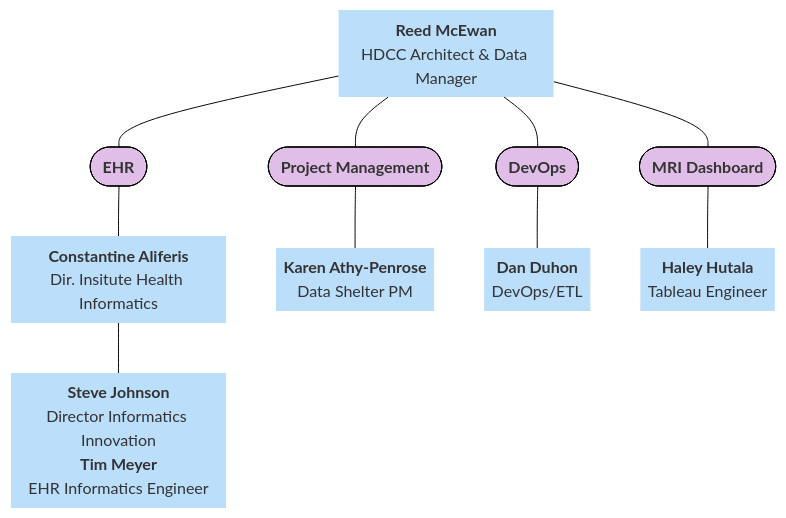
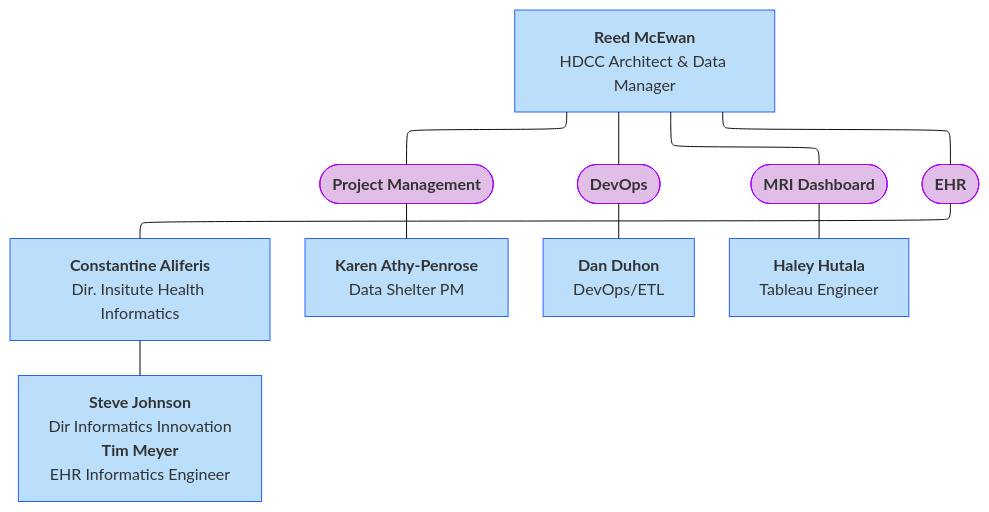
Before and after one commit to DCAN-Labs/hbcd-docs-internal: the sixth of 10 diagrams in docs/orgcharts.md, drawn with Mermaid (base theme). The commit also changed other lines of this file and 2 other files, not shown here.

Commit message:
SWITCH TO ELK

````diff
--- a/docs/orgcharts.md
+++ b/docs/orgcharts.md
@@ -448,29 +399,25 @@
 ```mermaid
 ---
 config:
-  layout: dagre
+  layout: elk
 ---
 flowchart TB
-    B["<b>Reed McEwan</b><br>HDCC Architect &amp; Data Manager"] --- n1(["<b>Project Management</b>"]) & n2(["<b>DevOps</b>"]) & n3(["<b>MRI Dashboard</b>"]) & n4(["<b>EHR</b>"])
-    H["<b>Constantine Aliferis</b><br>Dir. Insitute Health Informatics"] --- I["<b>Steve Johnson</b><br>Director Informatics Innovation<br><b>Tim Meyer</b><br>EHR Informatics Engineer"]
+    B["<b>Reed McEwan</b><br>HDCC Architect &amp; Data Manager"]
+    B --- n1(["<b>Project Management</b>"]) & n2(["<b>DevOps</b>"]) & n3(["<b>MRI Dashboard</b>"]) & n4(["<b>EHR</b>"])
+    H["<b>Constantine Aliferis</b><br>Dir. Insitute Health Informatics"] 
+    --- I["<b>Steve Johnson</b><br>Dir Informatics Innovation<br><b>Tim Meyer</b><br>EHR Informatics Engineer"]
     n1 --- E["<b>Karen Athy-Penrose</b><br>Data Shelter PM"]
     n2 --- F["<b>Dan Duhon</b><br>DevOps/ETL"]
     n3 --- G["<b>Haley Hutala</b><br>Tableau Engineer"]
     n4 --- H
-    B@{ shape: text}
-    H@{ shape: text}
-    I@{ shape: text}
-    E@{ shape: text}
-    F@{ shape: text}
-    G@{ shape: text}
-    style B fill:#BBDEFB
-    style n1 fill:#E1BEE7,stroke:#000000
-    style n2 fill:#E1BEE7,stroke:#000000
-    style n3 fill:#E1BEE7,stroke:#000000
-    style n4 fill:#E1BEE7,stroke:#000000
-    style H fill:#BBDEFB
-    style I fill:#BBDEFB
-    style E fill:#BBDEFB
-    style F fill:#BBDEFB
-    style G fill:#BBDEFB
+    style B fill:#BBDEFB,stroke:#2962FF
+    style n1 fill:#E1BEE7,stroke:#AA00FF
+    style n2 fill:#E1BEE7,stroke:#AA00FF
+    style n3 fill:#E1BEE7,stroke:#AA00FF
+    style n4 fill:#E1BEE7,stroke:#AA00FF
+    style H fill:#BBDEFB,stroke:#2962FF
+    style I fill:#BBDEFB,stroke:#2962FF
+    style E fill:#BBDEFB,stroke:#2962FF
+    style F fill:#BBDEFB,stroke:#2962FF
+    style G fill:#BBDEFB,stroke:#2962FF
 ```
````
